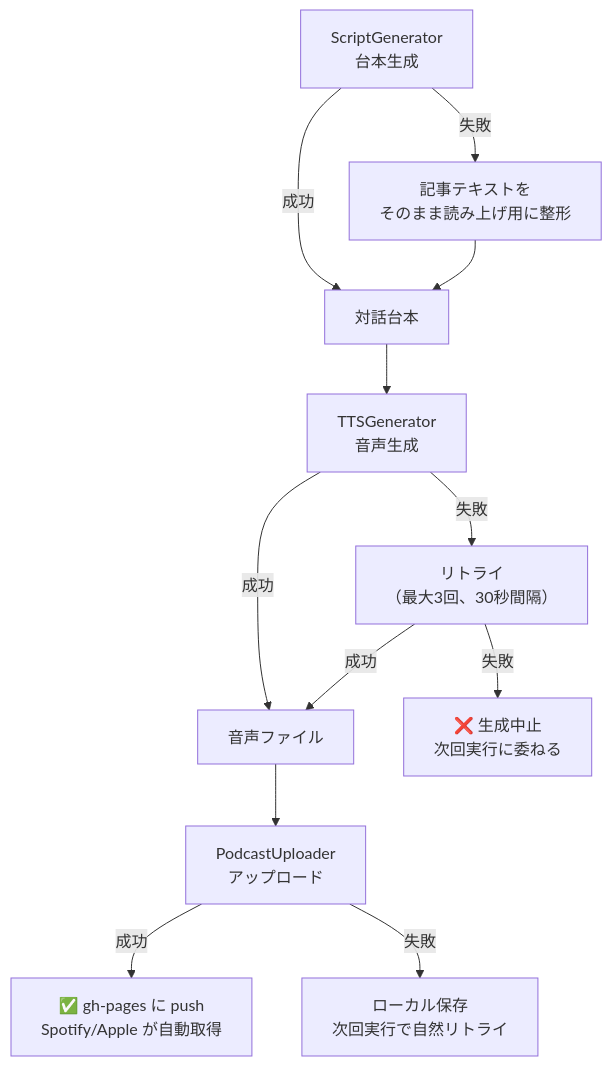
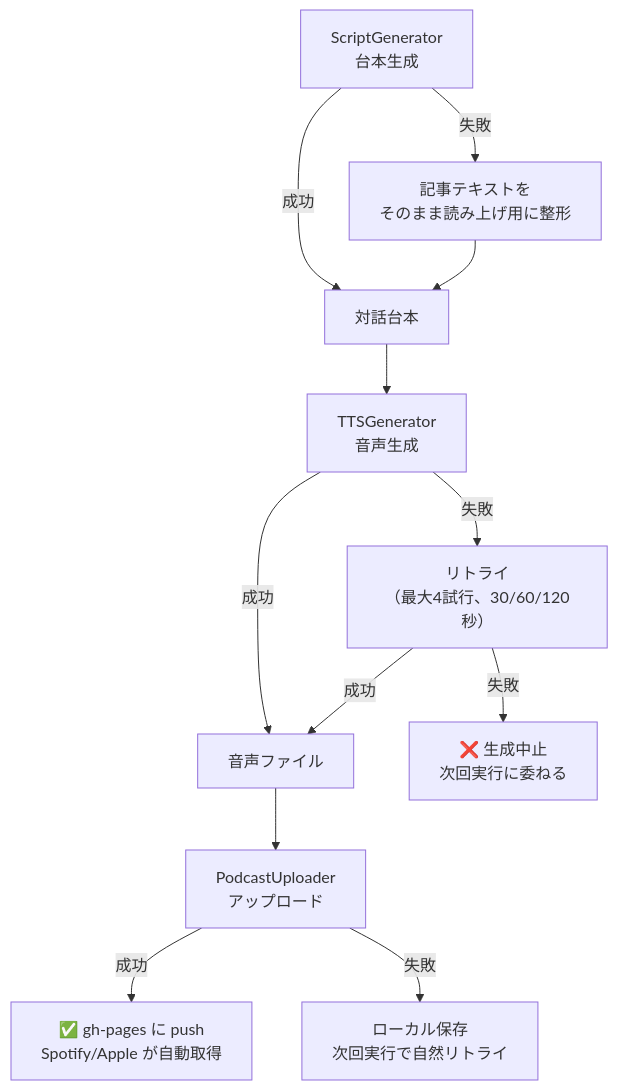
One commit to necoha/auto-podcast changed the fourth of 4 diagrams in docs/HLD.md. Above: the diagram before and after it, drawn with Mermaid. The commit also changed other lines of this file and 14 other files, not shown here.

````diff
--- a/docs/HLD.md
+++ b/docs/HLD.md
@@ -220,16 +220,16 @@
 ```mermaid
 flowchart TD
     A["ScriptGenerator<br/>台本生成"] -->|成功| B["対話台本"]
     A -->|失敗| A2["記事テキストを<br/>そのまま読み上げ用に整形"]
     A2 --> B
 
     B --> C["TTSGenerator<br/>音声生成"]
     C -->|成功| D["音声ファイル"]
-    C -->|失敗| C2["リトライ<br/>（最大3回、30秒間隔）"]
+    C -->|失敗| C2["リトライ<br/>（最大4試行、30/60/120秒）"]
     C2 -->|成功| D
     C2 -->|失敗| C3["❌ 生成中止<br/>次回実行に委ねる"]
 
     D --> E["PodcastUploader<br/>アップロード"]
     E -->|成功| F["✅ gh-pages に push<br/>Spotify/Apple が自動取得"]
     E -->|失敗| E2["ローカル保存<br/>次回実行で自然リトライ"]
 ```
````
